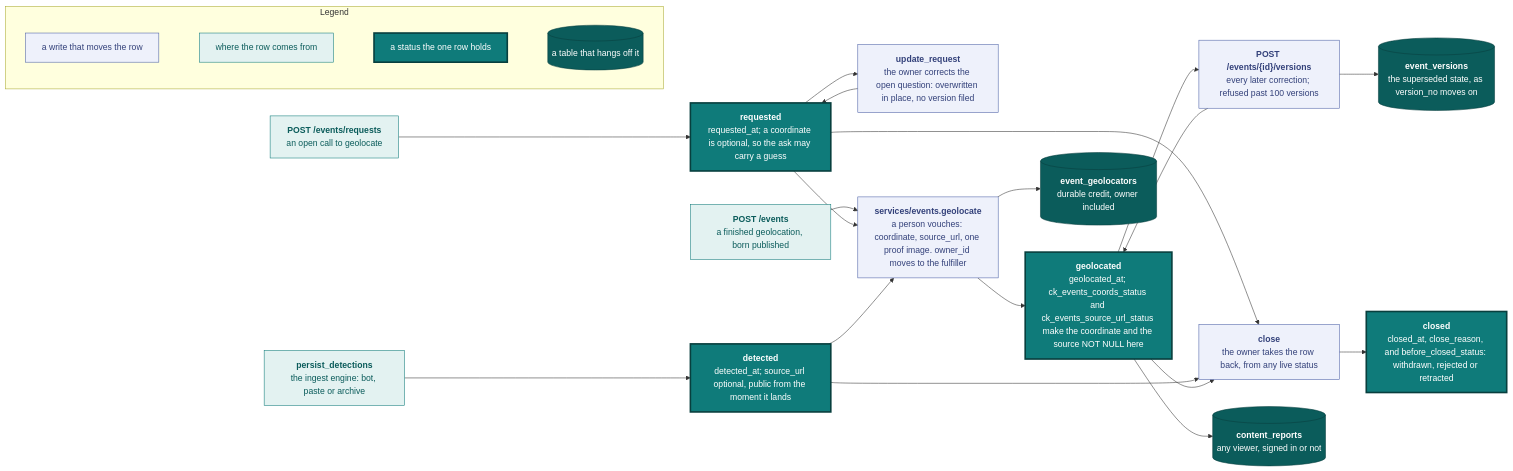
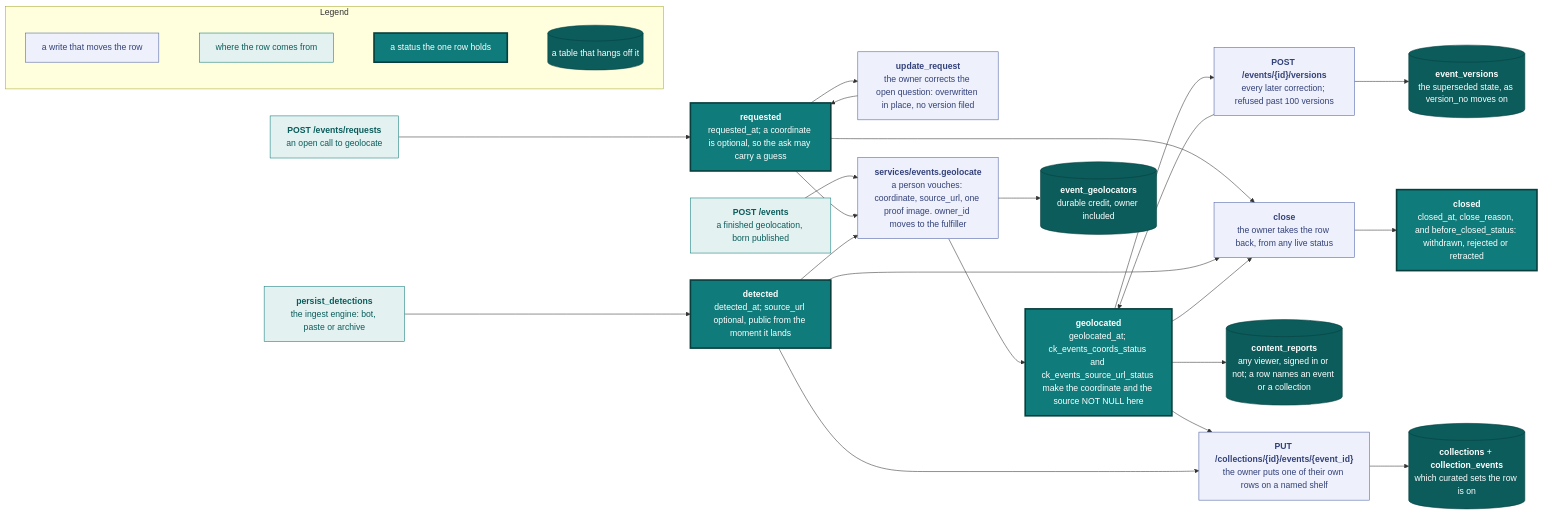
Before and after one commit to vidithq/vidit: the first of 2 diagrams in docs/data-model.md, drawn with Mermaid. The commit also changed other lines of this file and 95 other files, not shown here.

First line of the commit message:
feat(collections): personal collections of an analyst's own events, cut v0.6.4 (#343)

````diff
--- a/docs/data-model.md
+++ b/docs/data-model.md
@@ -5,63 +5,70 @@
 ```mermaid
 flowchart LR
   classDef spec fill:#eef1fb,stroke:#4a5fa5,color:#33417a
   classDef shared fill:#e3f2f1,stroke:#0f7b7a,color:#0b5c5b
   classDef core fill:#0f7b7a,stroke:#083f3e,stroke-width:3px,color:#ffffff
   classDef store fill:#0b5c5b,stroke:#083f3e,color:#ffffff
 
   subgraph legend [Legend]
     direction LR
     l1["`a write that moves the row`"]:::spec
     l2["`where the row comes from`"]:::shared
     l3["`a status the one row holds`"]:::core
     l4[("`a table that hangs off it`")]:::store
     l1 ~~~ l2 ~~~ l3 ~~~ l4
   end
 
   ask["`**POST /events/requests**
   an open call to geolocate`"]:::shared
   submit["`**POST /events**
   a finished geolocation, born published`"]:::shared
   engine["`**persist_detections**
   the ingest engine: bot, paste or archive`"]:::shared
 
   requested["`**requested**
   requested_at; a coordinate is optional, so the ask may carry a guess`"]:::core
   detected["`**detected**
   detected_at; source_url optional, public from the moment it lands`"]:::core
   geolocated["`**geolocated**
   geolocated_at; ck_events_coords_status and ck_events_source_url_status make the coordinate and the source NOT NULL here`"]:::core
   closed["`**closed**
   closed_at, close_reason, and before_closed_status: withdrawn, rejected or retracted`"]:::core
 
   amend["`**update_request**
   the owner corrects the open question: overwritten in place, no version filed`"]:::spec
   vouch["`**services/events.geolocate**
   a person vouches: coordinate, source_url, one proof image. owner_id moves to the fulfiller`"]:::spec
   version["`**POST /events/{id}/versions**
   every later correction; refused past 100 versions`"]:::spec
   close["`**close**
   the owner takes the row back, from any live status`"]:::spec
 
   credit[("`**event_geolocators**
   durable credit, owner included`")]:::store
   versions[("`**event_versions**
   the superseded state, as version_no moves on`")]:::store
   reports[("`**content_reports**
-  any viewer, signed in or not`")]:::store
+  any viewer, signed in or not; a row names an event or a collection`")]:::store
+  shelve["`**PUT /collections/{id}/events/{event_id}**
+  the owner puts one of their own rows on a named shelf`"]:::spec
+  shelves[("`**collections** + **collection_events**
+  which curated sets the row is on`")]:::store
 
   ask --> requested
   engine --> detected
   submit --> vouch
   requested --> amend --> requested
   requested --> vouch
   detected --> vouch
   vouch --> geolocated --> version --> geolocated
   vouch --> credit
   version --> versions
   requested --> close
   detected --> close
   geolocated --> close
   close --> closed
   geolocated --> reports
+  geolocated --> shelve
+  detected --> shelve
+  shelve --> shelves
 ```
````
